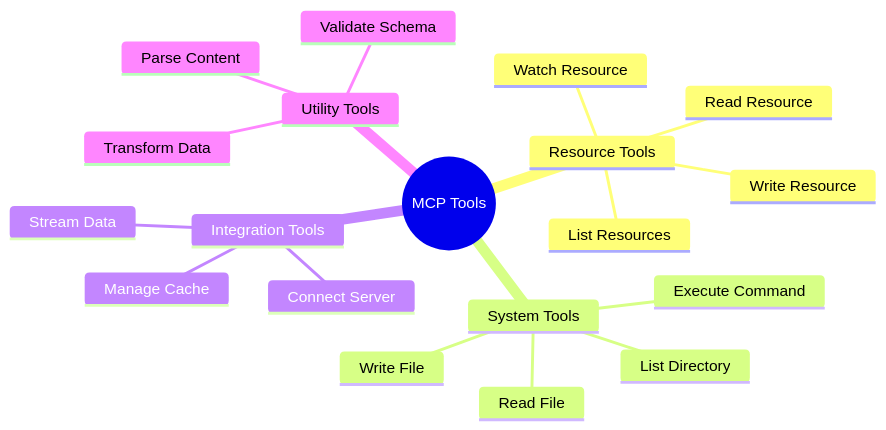
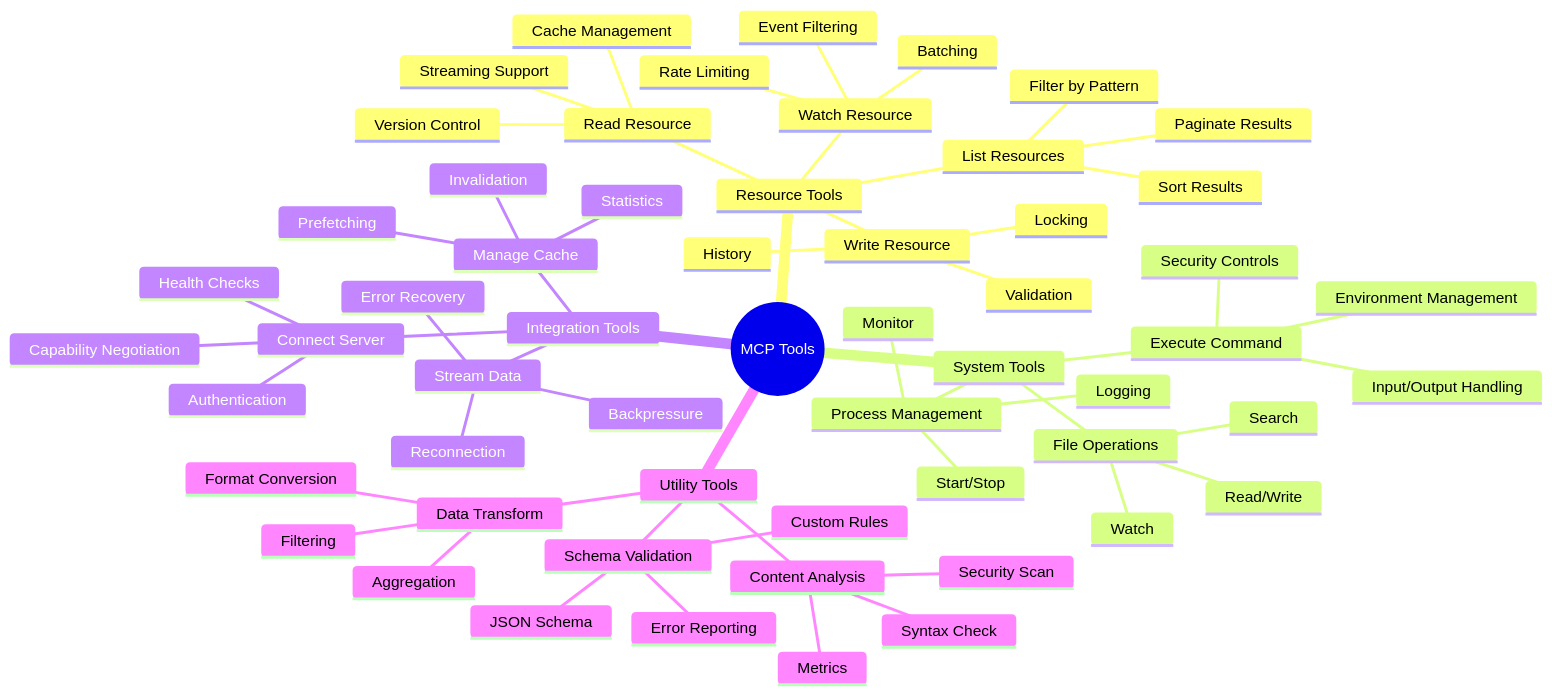
One commit to sparesparrow/cursor-rules changed the fourth of 4 diagrams in .cursor/rules/diagrams/mcp-resource-tool-flow.mdc. Above: the diagram before and after it, drawn with Mermaid. The commit also changed other lines of this file and 5 other files, not shown here.

````diff
--- a/.cursor/rules/diagrams/mcp-resource-tool-flow.mdc
+++ b/.cursor/rules/diagrams/mcp-resource-tool-flow.mdc
@@ -101,22 +173,60 @@
 ```mermaid
 mindmap
     root((MCP Tools))
         Resource Tools
             List Resources
+                Filter by Pattern
+                Sort Results
+                Paginate Results
             Read Resource
+                Cache Management
+                Streaming Support
+                Version Control
             Write Resource
+                Validation
+                Locking
+                History
             Watch Resource
+                Event Filtering
+                Rate Limiting
+                Batching
         System Tools
             Execute Command
-            Read File
-            Write File
-            List Directory
+                Input/Output Handling
+                Environment Management
+                Security Controls
+            File Operations
+                Read/Write
+                Search
+                Watch
+            Process Management
+                Start/Stop
+                Monitor
+                Logging
         Integration Tools
             Connect Server
+                Authentication
+                Capability Negotiation
+                Health Checks
             Manage Cache
+                Invalidation
+                Prefetching
+                Statistics
             Stream Data
+                Backpressure
+                Error Recovery
+                Reconnection
         Utility Tools
-            Validate Schema
-            Transform Data
-            Parse Content
+            Schema Validation
+                JSON Schema
+                Custom Rules
+                Error Reporting
+            Data Transform
+                Format Conversion
+                Filtering
+                Aggregation
+            Content Analysis
+                Syntax Check
+                Security Scan
+                Metrics
 ``` 
````
